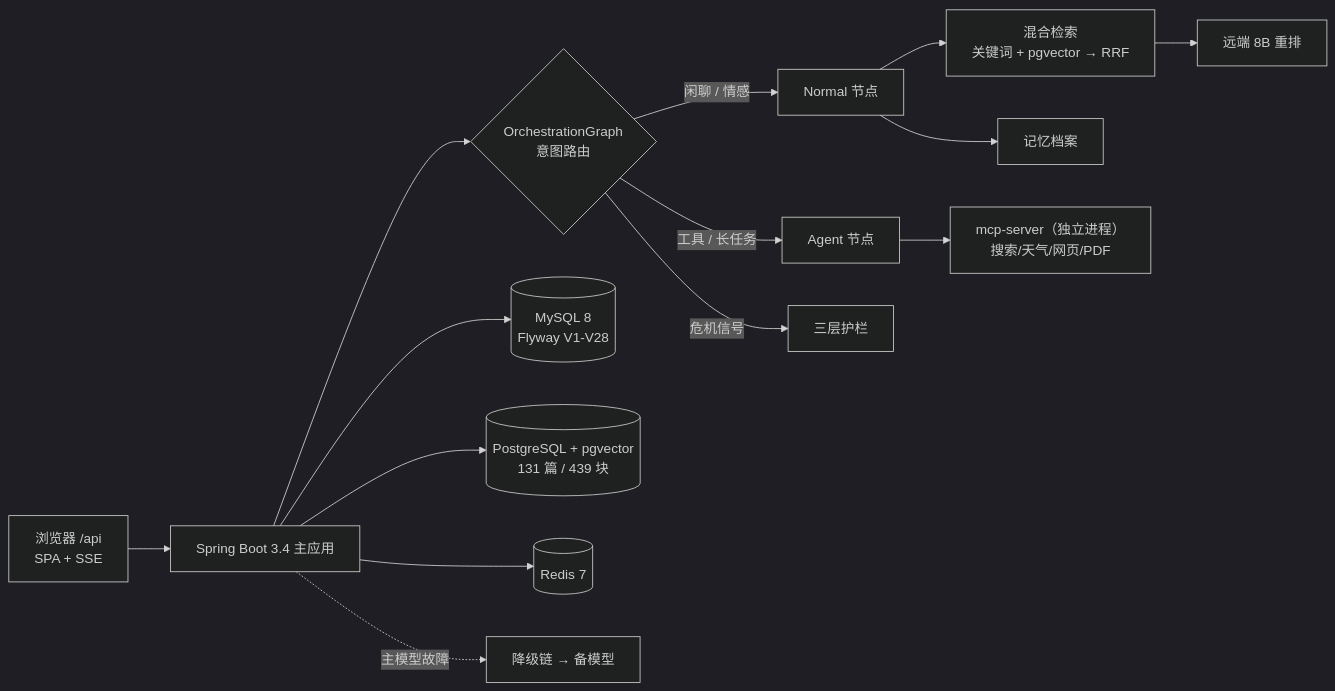
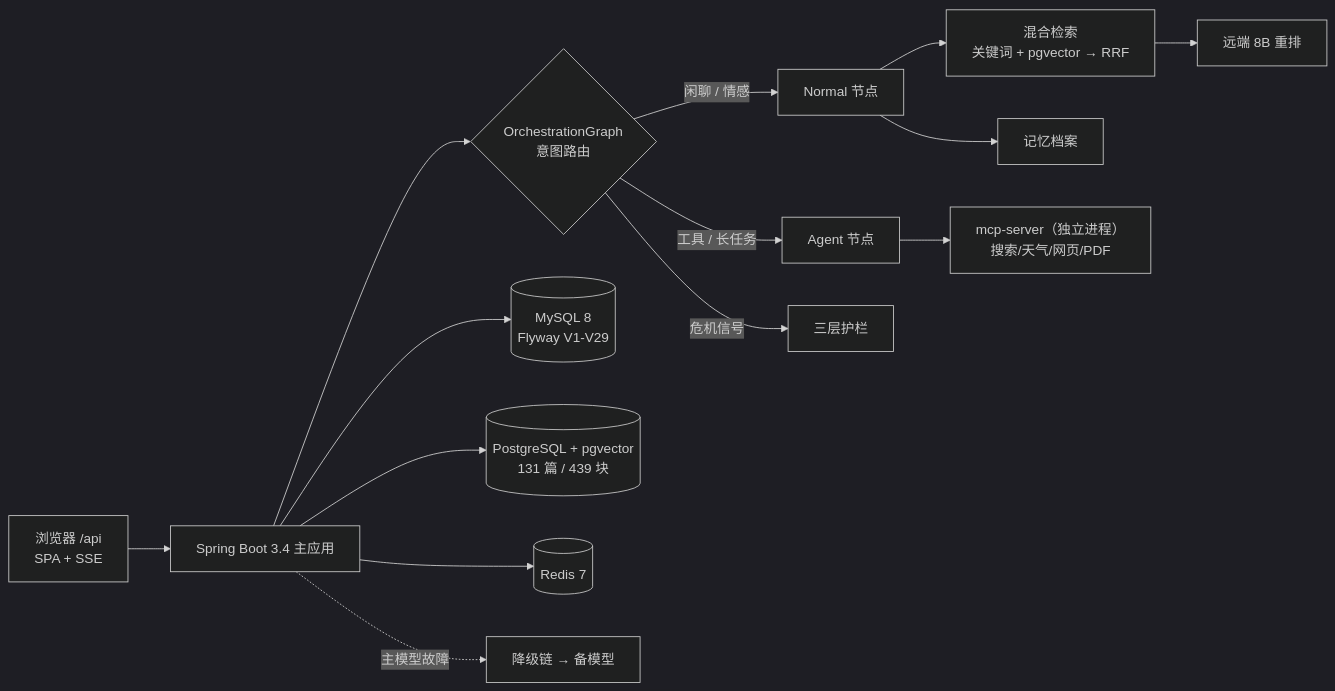
The diagram in README.md (Mitsuki-lwx/LoveHelping-agent), drawn with Mermaid (dark theme) before and after one commit. The commit also changed other lines of this file and 4 other files, not shown here.

````diff
--- a/README.md
+++ b/README.md
@@ -161,16 +161,16 @@
 ```mermaid
 flowchart LR
   U["浏览器 /api<br/>SPA + SSE"] --> A["Spring Boot 3.4 主应用"]
   A --> C{"OrchestrationGraph<br/>意图路由"}
   C -->|闲聊 / 情感| N["Normal 节点"]
   C -->|工具 / 长任务| T["Agent 节点"]
   C -->|危机信号| G["三层护栏"]
   N --> RAG["混合检索<br/>关键词 + pgvector → RRF"]
   RAG --> RR["远端 8B 重排"]
   N --> MEM["记忆档案"]
   T --> M["mcp-server（独立进程）<br/>搜索/天气/网页/PDF"]
-  A --> DB[("MySQL 8<br/>Flyway V1-V28")]
+  A --> DB[("MySQL 8<br/>Flyway V1-V29")]
   A --> V[("PostgreSQL + pgvector<br/>131 篇 / 439 块")]
   A --> RD[("Redis 7")]
   A -.->|主模型故障| FB["降级链 → 备模型"]
 ```
````
